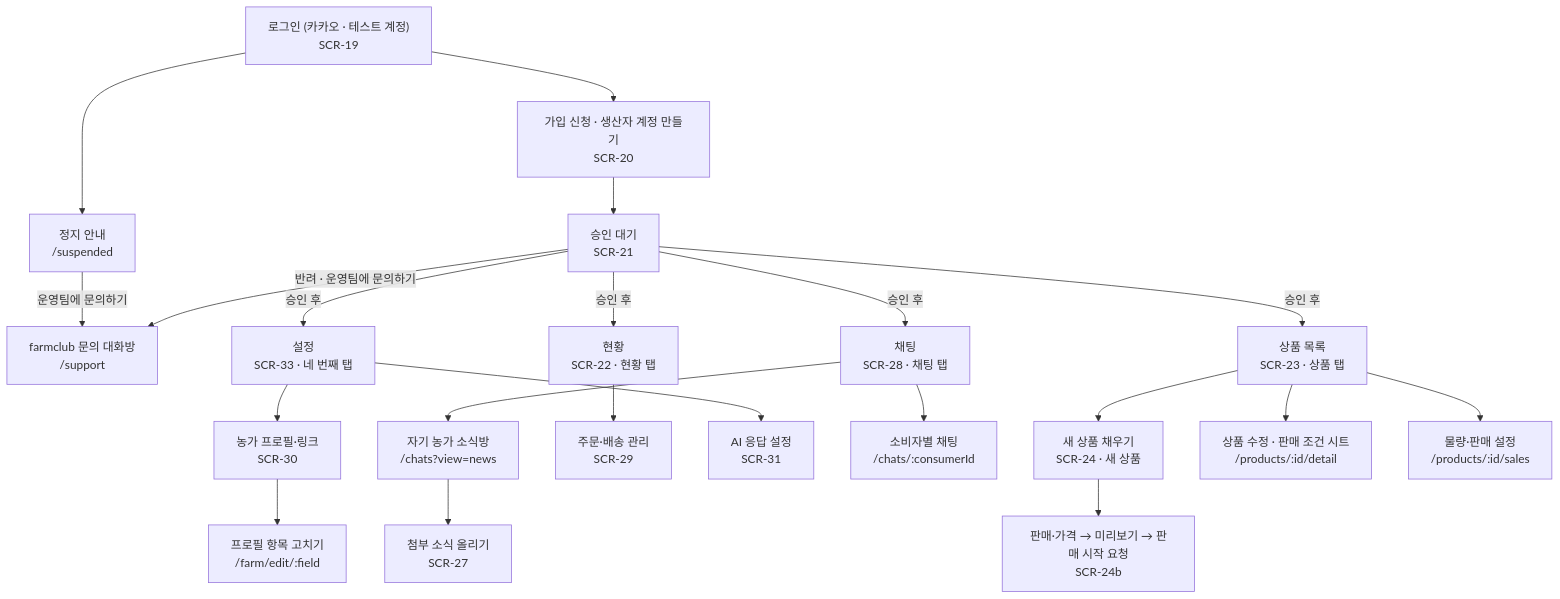
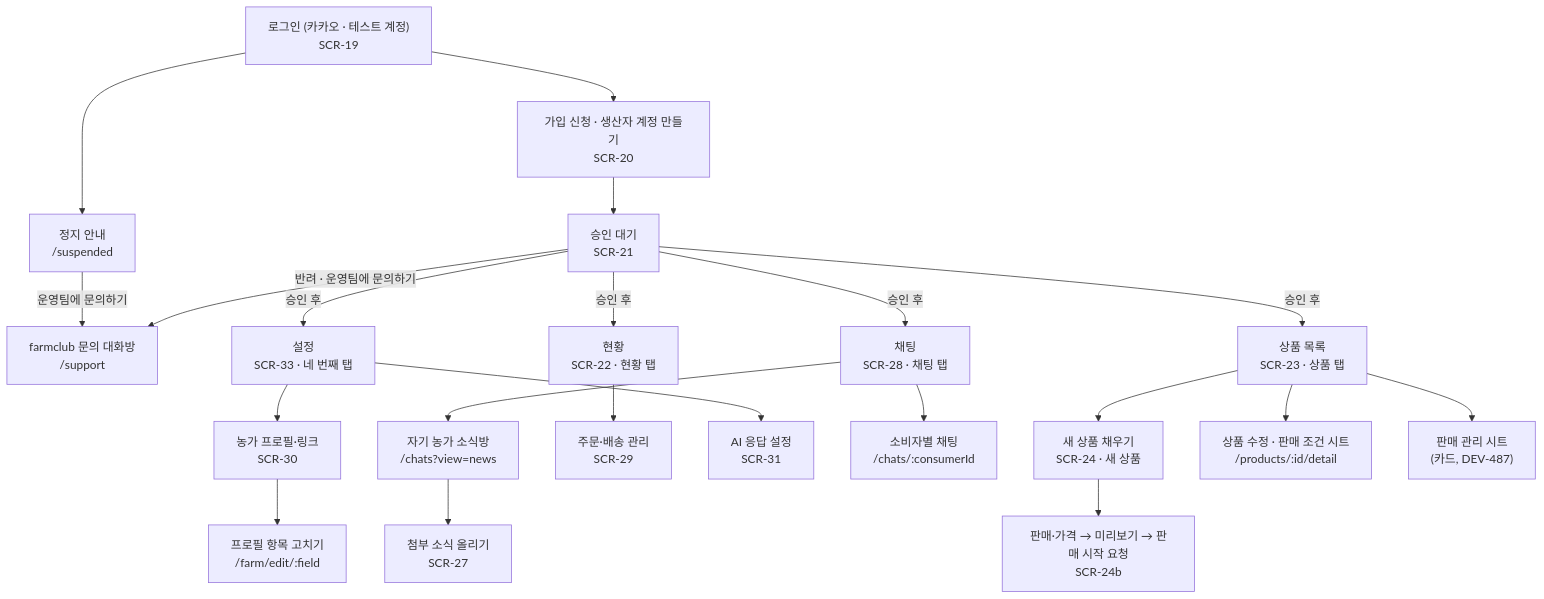
Before and after one commit to snuhcs-course/swpp-2026-project-team-06: the second of 4 diagrams in docs/spec/ia.md, drawn with Mermaid. The commit also changed other lines of this file and 16 other files, not shown here.

````diff
--- a/docs/spec/ia.md
+++ b/docs/spec/ia.md
@@ -60,21 +60,21 @@
 ```mermaid
 flowchart TD
   login["로그인 (카카오 · 테스트 계정)<br/>SCR-19"] --> apply["가입 신청 · 생산자 계정 만들기<br/>SCR-20"] --> pending["승인 대기<br/>SCR-21"]
   login --> suspended["정지 안내<br/>/suspended"]
   suspended -- 운영팀에 문의하기 --> support["farmclub 문의 대화방<br/>/support"]
   pending -- 반려 · 운영팀에 문의하기 --> support
   pending -- 승인 후 --> home["현황<br/>SCR-22 · 현황 탭"]
   pending -- 승인 후 --> products["상품 목록<br/>SCR-23 · 상품 탭"]
   pending -- 승인 후 --> questions["채팅<br/>SCR-28 · 채팅 탭"]
   pending -- 승인 후 --> settings["설정<br/>SCR-33 · 네 번째 탭"]
   settings --> farmtab["농가 프로필·링크<br/>SCR-30"]
   room --> broadcast["첨부 소식 올리기<br/>SCR-27"]
   home --> ship["주문·배송 관리<br/>SCR-29"]
   questions --> room["자기 농가 소식방<br/>/chats?view=news"]
   settings --> ai["AI 응답 설정<br/>SCR-31"]
   questions --> qchat["소비자별 채팅<br/>/chats/:consumerId"]
   farmtab --> fedit["프로필 항목 고치기<br/>/farm/edit/:field"]
   products --> draft["새 상품 채우기<br/>SCR-24 · 새 상품"] --> sell["판매·가격 → 미리보기 → 판매 시작 요청<br/>SCR-24b"]
   products --> edit["상품 수정 · 판매 조건 시트<br/>/products/:id/detail"]
-  products --> sales["물량·판매 설정<br/>/products/:id/sales"]
+  products --> sales["판매 관리 시트<br/>(카드, DEV-487)"]
 ```
````
